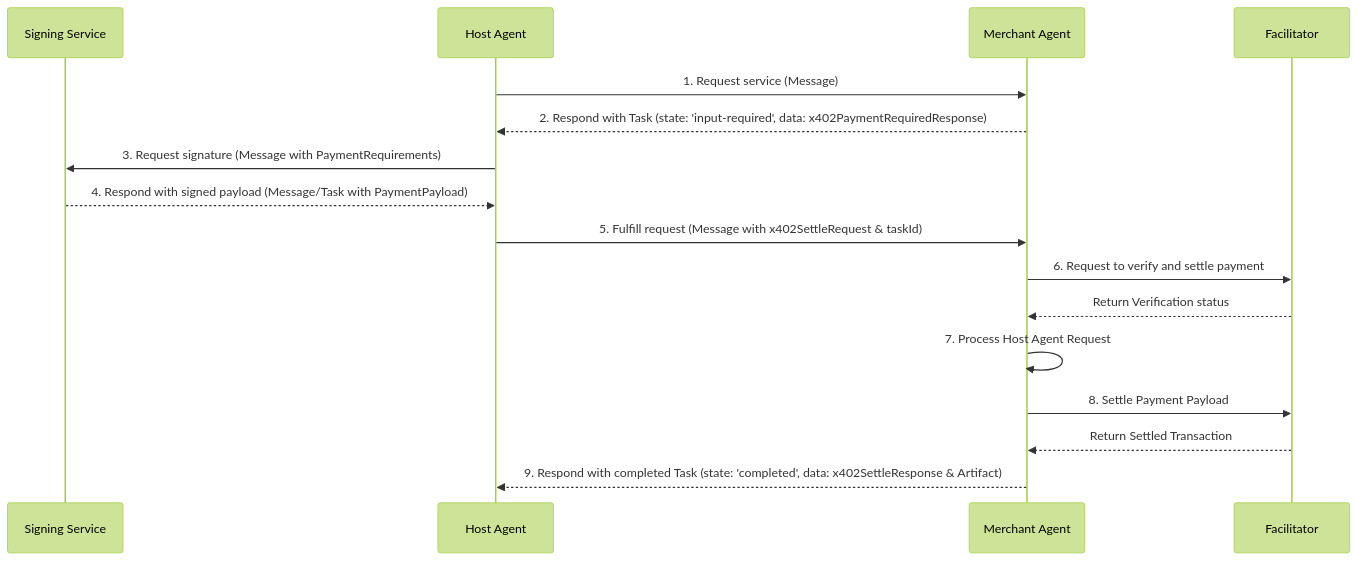
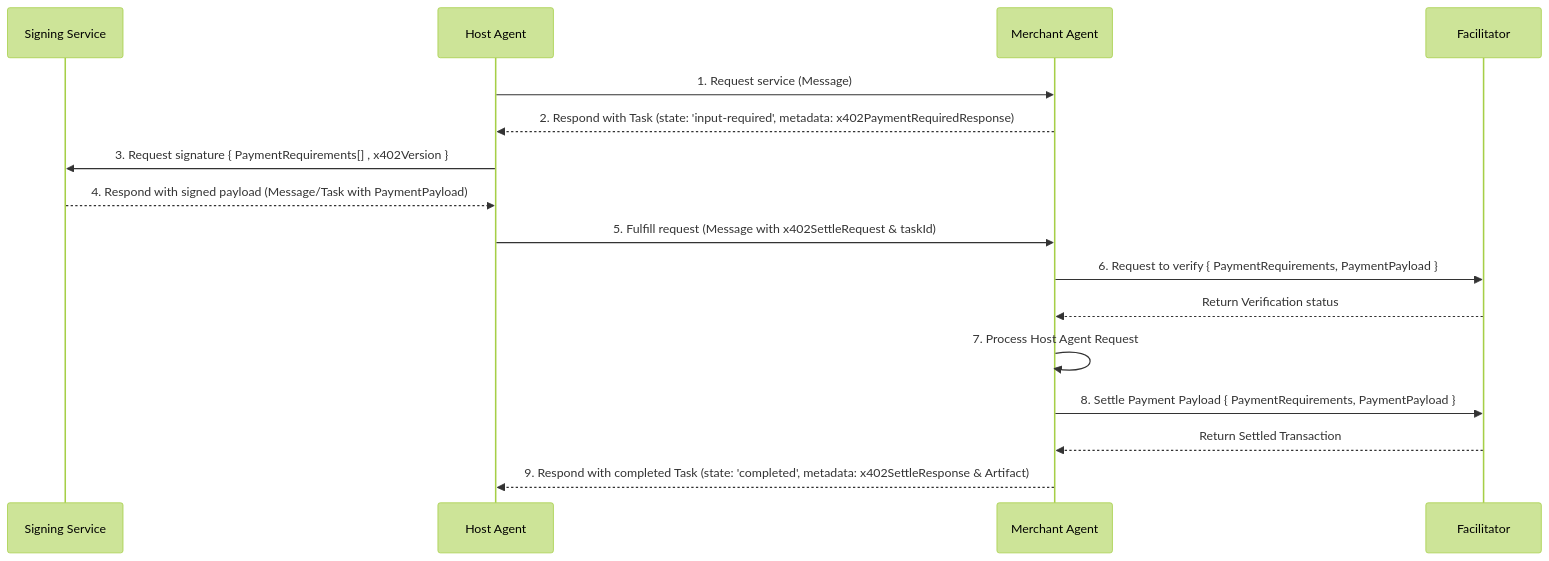
Before and after one commit to google-agentic-commerce/a2a-x402: the diagram in v0.1/spec.md, drawn with Mermaid (forest theme).

````diff
--- a/v0.1/spec.md
+++ b/v0.1/spec.md
@@ -54,19 +54,19 @@
 ```mermaid
 sequenceDiagram
     participant Signing Service
     participant Host Agent
     participant Merchant Agent
     participant Facilitator
-
     Host Agent->>Merchant Agent: 1. Request service (Message)
-    Merchant Agent-->>Host Agent: 2. Respond with Task (state: 'input-required', data: x402PaymentRequiredResponse)
-    Host Agent->>Signing Service: 3. Request signature (Message with PaymentRequirements)
+    Merchant Agent-->>Host Agent: 2. Respond with Task (state: 'input-required', metadata: x402PaymentRequiredResponse)
+    Host Agent->>Signing Service: 3. Request signature { PaymentRequirements[] , x402Version }
     Signing Service-->>Host Agent: 4. Respond with signed payload (Message/Task with PaymentPayload)
     Host Agent->>Merchant Agent: 5. Fulfill request (Message with x402SettleRequest & taskId)
-    Merchant Agent->>Facilitator: 6. Request to verify and settle payment
+    Merchant Agent->>Facilitator: 6. Request to verify  { PaymentRequirements, PaymentPayload }
     Facilitator-->>Merchant Agent: Return Verification status
     Merchant Agent->>Merchant Agent: 7. Process Host Agent Request
-    Merchant Agent->>Facilitator: 8. Settle Payment Payload	
+    Merchant Agent->>Facilitator: 8. Settle Payment Payload	  { PaymentRequirements, PaymentPayload }
     Facilitator-->>Merchant Agent: Return Settled Transaction
-    Merchant Agent-->>Host Agent: 9. Respond with completed Task (state: 'completed', data: x402SettleResponse & Artifact)
+    Merchant Agent-->>Host Agent: 9. Respond with completed Task (state: 'completed', metadata: x402SettleResponse & Artifact)
+
 ```
````
